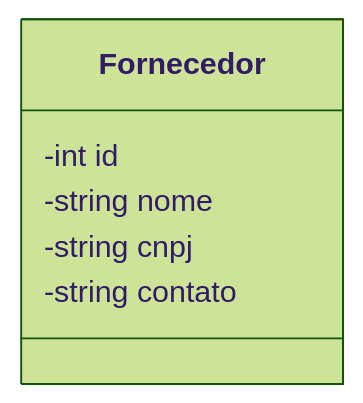
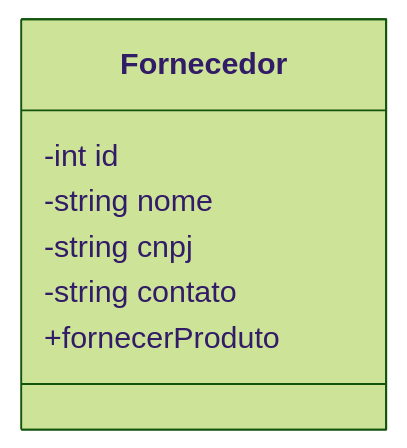
Before and after one commit to gabrielriosdias/poojavaceub-grupo2: the diagram in fornecedor.md, drawn with Mermaid (forest theme).

````diff
--- a/fornecedor.md
+++ b/fornecedor.md
@@ -1,9 +1,10 @@
 ```mermaid 
 classDiagram
     class Fornecedor {
         -int id
         -string nome
         -string cnpj
         -string contato
-    }
+        +fornecerProduto
+ }
 ``` 
````
